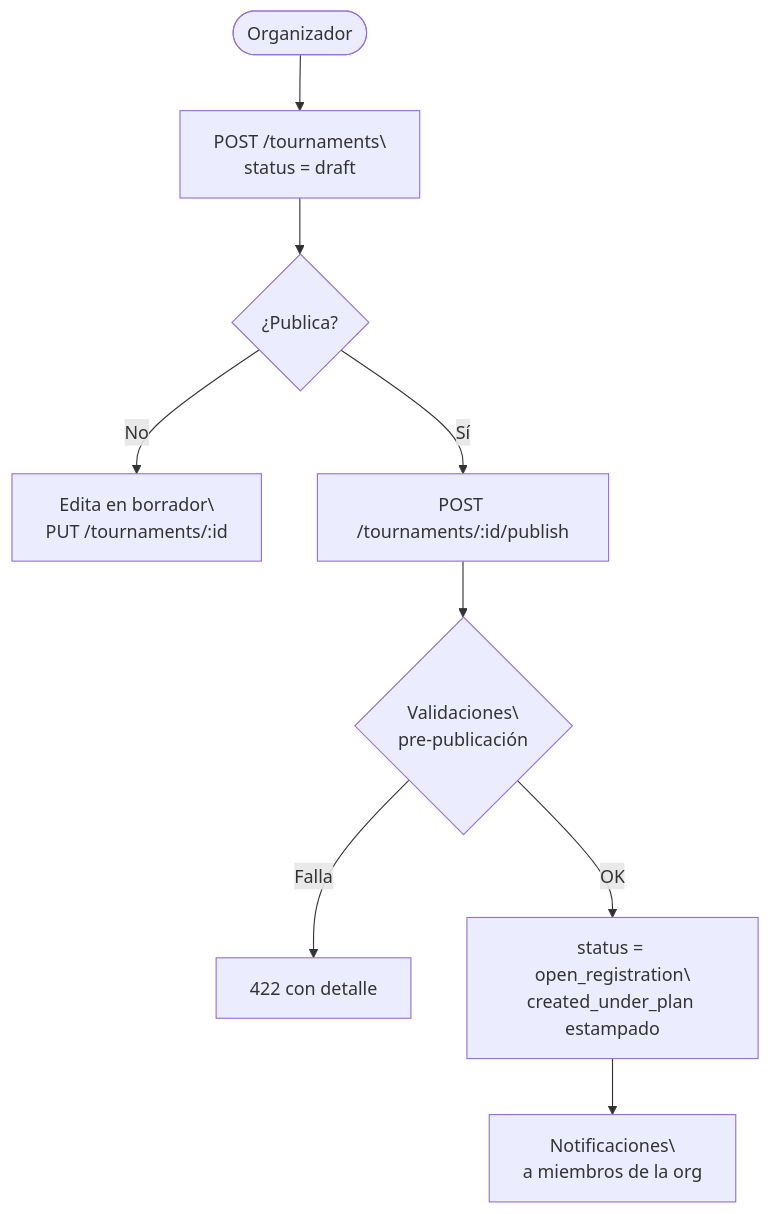
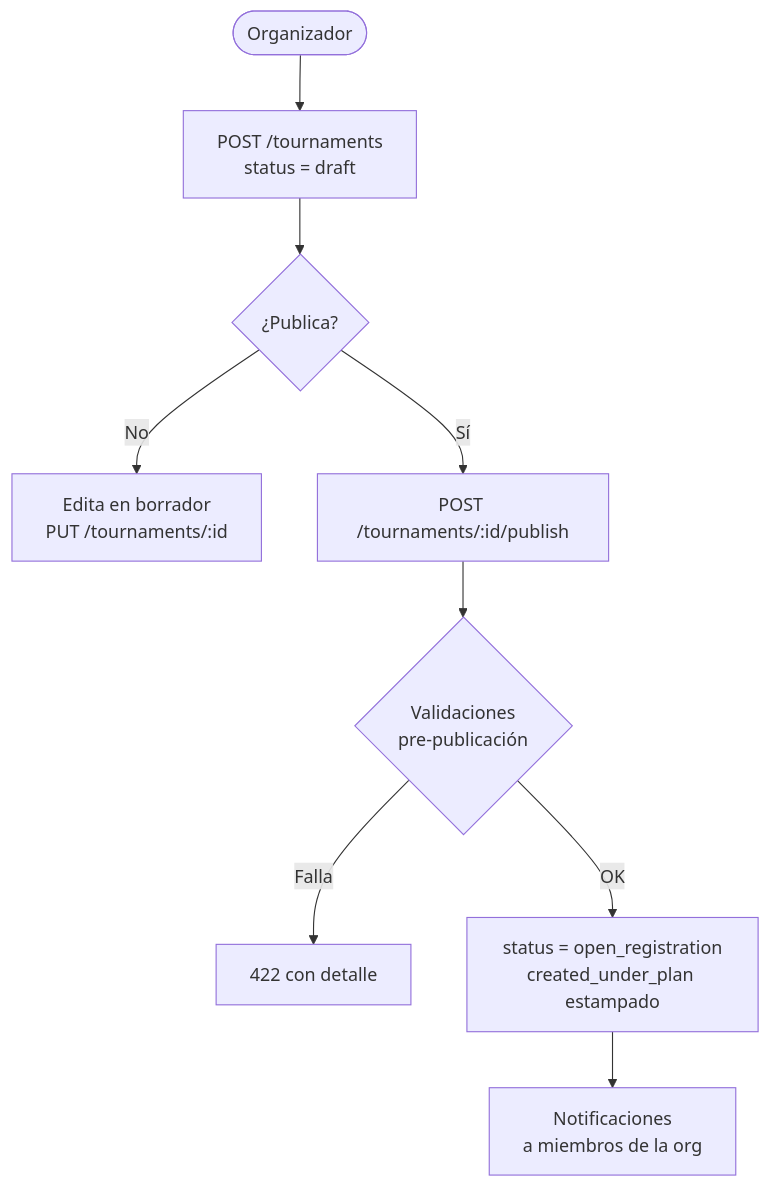
Before and after one commit to okalexiiis/4sports: the third of 5 diagrams in agent_docs/hitos/hitos-1-y-2.md, drawn with Mermaid. The commit also changed other lines of this file, not shown here.

````diff
--- a/agent_docs/hitos/hitos-1-y-2.md
+++ b/agent_docs/hitos/hitos-1-y-2.md
@@ -417,11 +393,11 @@
 ```mermaid
 flowchart TD
-    A([Organizador]) --> B[POST /tournaments\\nstatus = draft]
+    A([Organizador]) --> B[POST /tournaments\nstatus = draft]
     B --> C{¿Publica?}
-    C -->|No| D[Edita en borrador\\nPUT /tournaments/:id]
+    C -->|No| D[Edita en borrador\nPUT /tournaments/:id]
     C -->|Sí| E[POST /tournaments/:id/publish]
-    E --> F{Validaciones\\npre-publicación}
+    E --> F{Validaciones\npre-publicación}
     F -->|Falla| G[422 con detalle]
-    F -->|OK| H[status = open_registration\\ncreated_under_plan estampado]
-    H --> I[Notificaciones\\na miembros de la org]
+    F -->|OK| H[status = open_registration\ncreated_under_plan estampado]
+    H --> I[Notificaciones\na miembros de la org]
 ```
````
